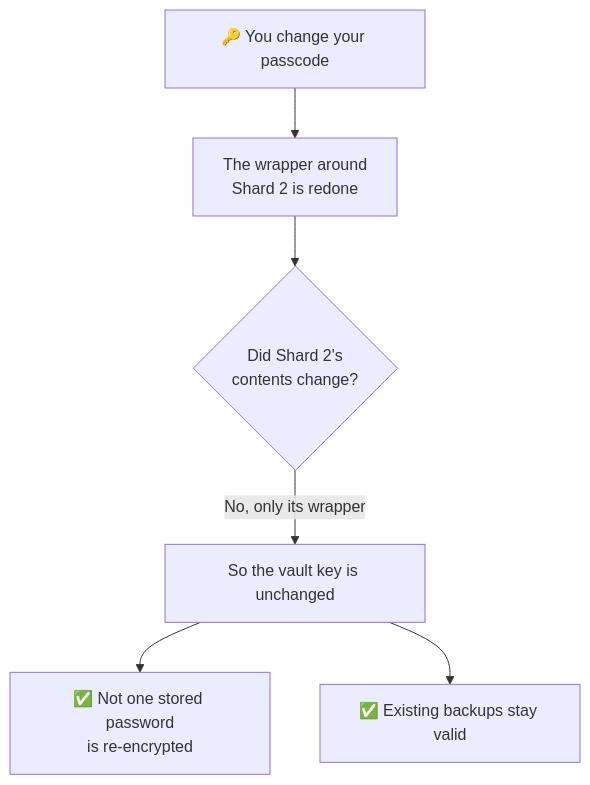
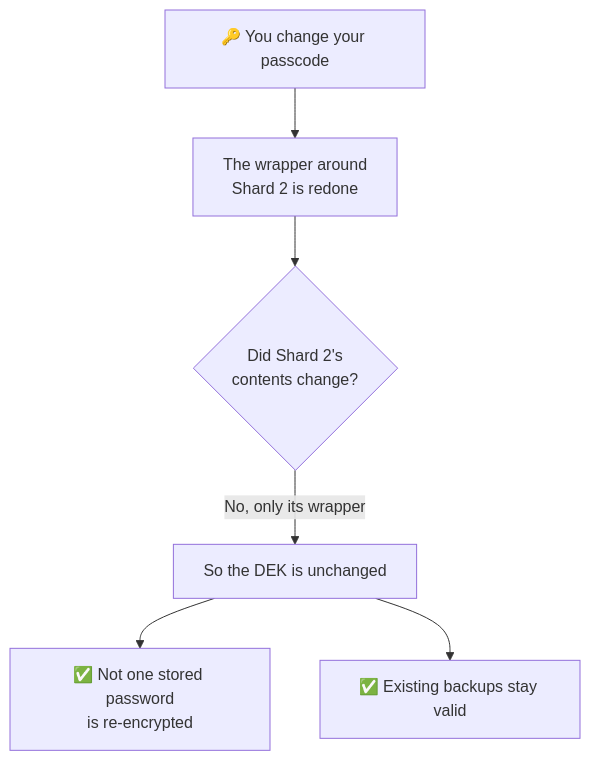
Before and after one commit to TuPhung369/passwordepic-website: the fourth of 4 diagrams in docs/how-it-works.md, drawn with Mermaid. The commit also changed other lines of this file and 22 other files, not shown here.

````diff
--- a/docs/how-it-works.md
+++ b/docs/how-it-works.md
@@ -118,8 +119,8 @@
 ```mermaid
 flowchart TD
   A["🔑 You change your passcode"] --> B["The wrapper around<br/>Shard 2 is redone"]
   B --> C{"Did Shard 2's<br/>contents change?"}
-  C -->|"No, only its wrapper"| D["So the vault key is unchanged"]
+  C -->|"No, only its wrapper"| D["So the DEK is unchanged"]
   D --> E["✅ Not one stored password<br/>is re-encrypted"]
   D --> F["✅ Existing backups stay valid"]
 ```
````
